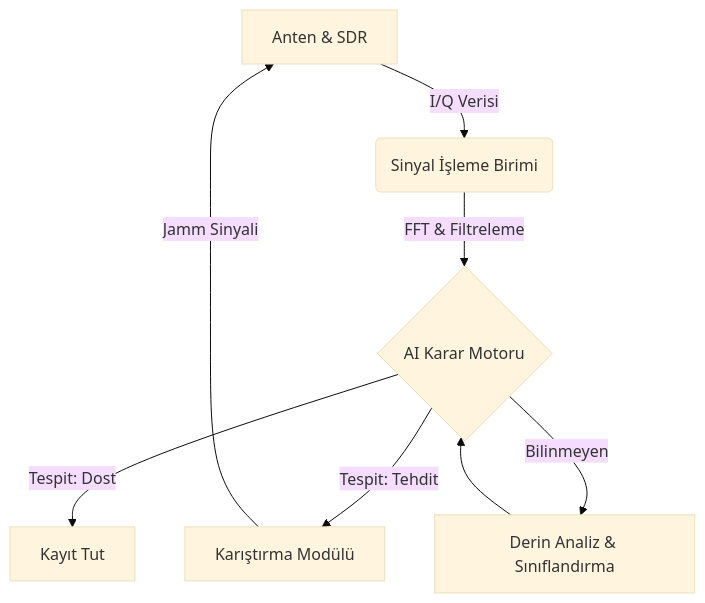
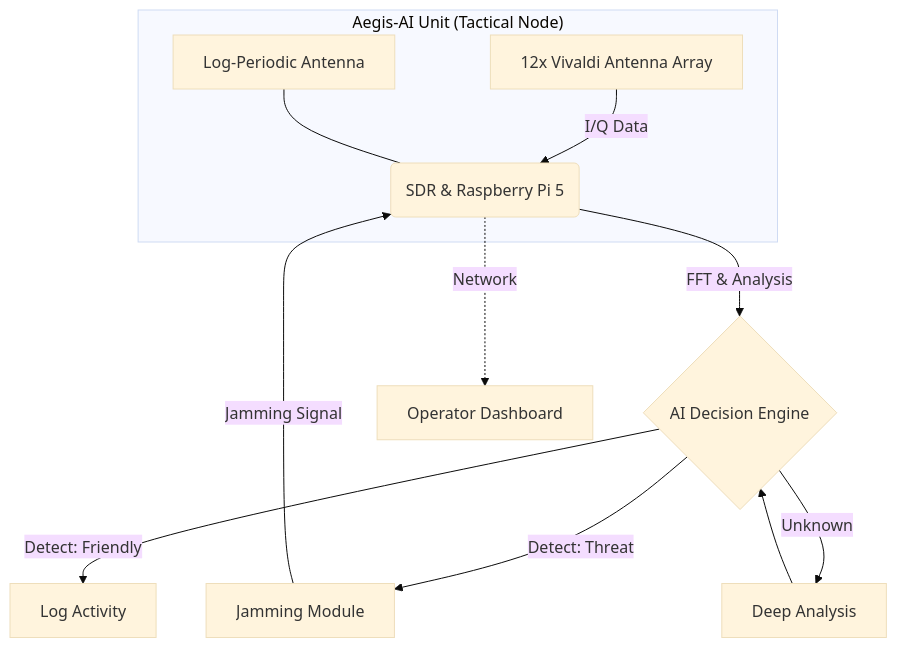
The diagram in README.md (bahattinyunus/teknofest_elektronik_harp), drawn with Mermaid (base theme) before and after one commit. The commit also changed other lines of this file and 9 other files, not shown here.

Commit message:
Comprehensive system development: 12-Vivaldi support, TCOP tracking, Look-Through jamming, and RPi 5 optimizations

````diff
--- a/README.md
+++ b/README.md
@@ -144,10 +144,14 @@
 ```mermaid
 graph TD
-    A[Anten & SDR] -->|I/Q Verisi| B(Sinyal İşleme Birimi)
-    B -->|FFT & Filtreleme| C{AI Karar Motoru}
-    C -->|Tespit: Dost| D[Kayıt Tut]
-    C -->|Tespit: Tehdit| E[Karıştırma Modülü]
-    E -->|Jamm Sinyali| A
-    C -->|Bilinmeyen| F[Derin Analiz & Sınıflandırma]
+    subgraph "Aegis-AI Unit (Tactical Node)"
+        A[12x Vivaldi Antenna Array] -->|I/Q Data| B(SDR & Raspberry Pi 5)
+        LogP[Log-Periodic Antenna] --- B
+    end
+    B -->|FFT & Analysis| C{AI Decision Engine}
+    C -->|Detect: Friendly| D[Log Activity]
+    C -->|Detect: Threat| E[Jamming Module]
+    E -->|Jamming Signal| B
+    C -->|Unknown| F[Deep Analysis]
     F --> C
+    B -.->|Network| L[Operator Dashboard]
 ```
````
